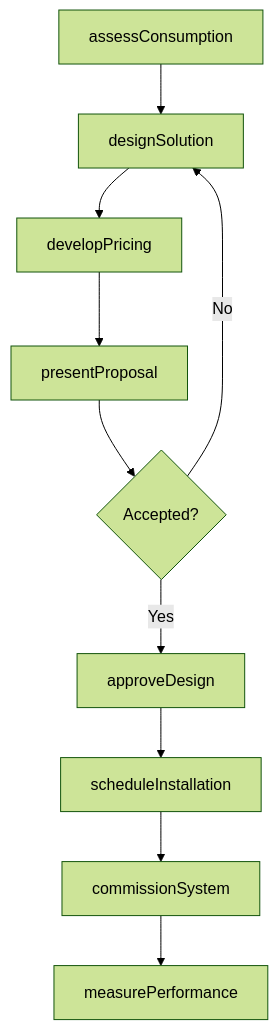
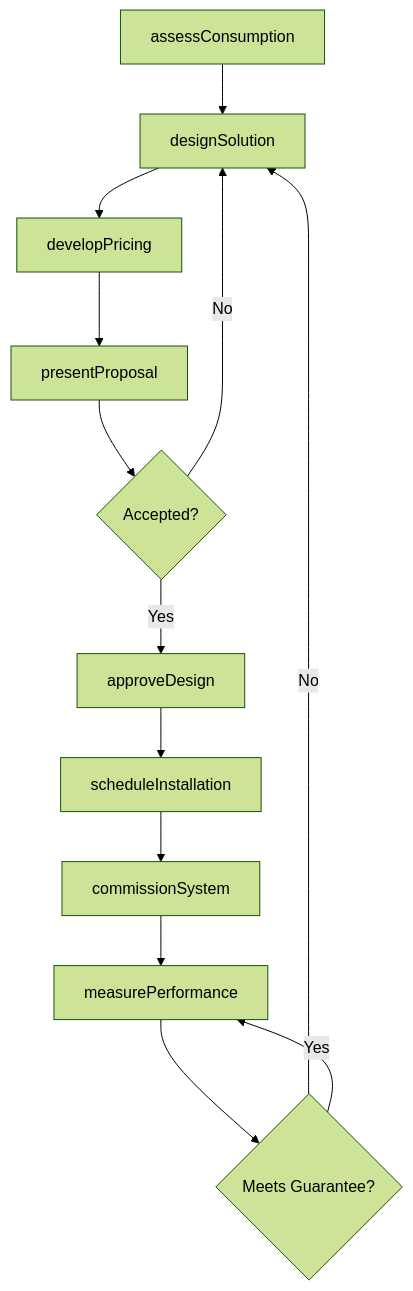
One commit to dot-org-ai/tasks.org.ai changed the third of 4 diagrams in SellingOrInfluencingOthers/SellProductsOrServices/CustomizeEnergyProductsServicesMeet.mdx. Above: the diagram before and after it, drawn with Mermaid (forest theme). The commit also changed other lines of this file and 504 other files, not shown here.

First line of the commit message:
feat: Add ER diagrams, state diagrams, and workflow improvements to 96 DWA task files

````diff
--- a/SellingOrInfluencingOthers/SellProductsOrServices/CustomizeEnergyProductsServicesMeet.mdx
+++ b/SellingOrInfluencingOthers/SellProductsOrServices/CustomizeEnergyProductsServicesMeet.mdx
@@ -92,12 +122,15 @@
 ```mermaid
 graph TD
     A[assessConsumption] --> B[designSolution]
     B --> C[developPricing]
     C --> D[presentProposal]
     D --> E{Accepted?}
     E -->|Yes| F[approveDesign]
     E -->|No| B
     F --> G[scheduleInstallation]
     G --> H[commissionSystem]
     H --> I[measurePerformance]
+    I --> J{Meets Guarantee?}
+    J -->|No| B
+    J -->|Yes| I
 ```
````
